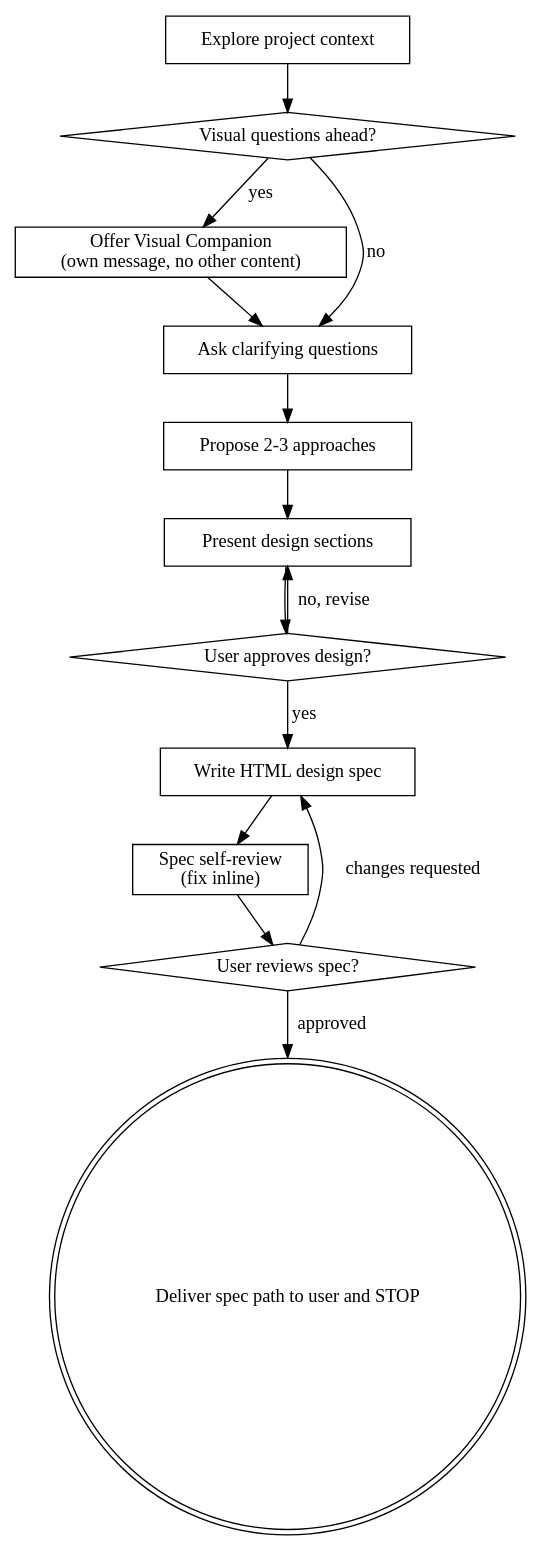
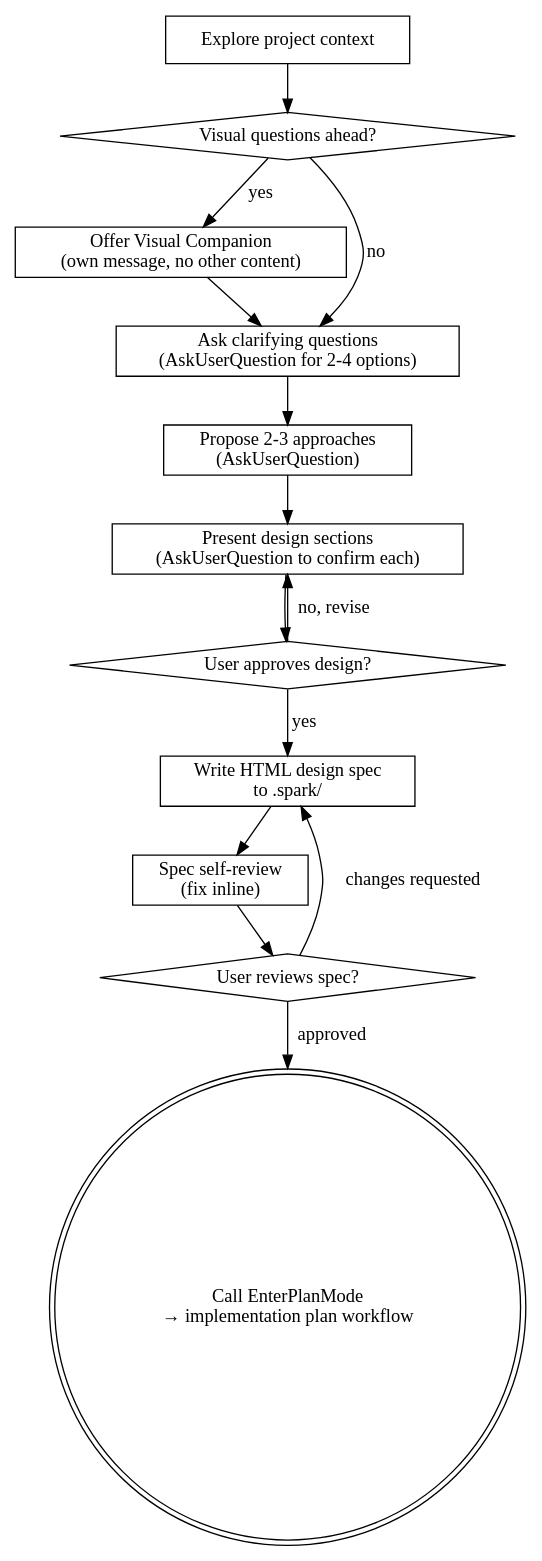
The diagram in skills/development-workflows/spark/SKILL.md (bahayonghang/my-ai-cli-toolkit), drawn with Graphviz before and after one commit. The commit also changed other lines of this file and 8 other files, not shown here.

First line of the commit message:
feat(spark): [AI] ✨ route approved specs into plan mode

````diff
--- a/skills/development-workflows/spark/SKILL.md
+++ b/skills/development-workflows/spark/SKILL.md
@@ -45,29 +46,29 @@
 ```dot
 digraph brainstorming {
     "Explore project context" [shape=box];
     "Visual questions ahead?" [shape=diamond];
     "Offer Visual Companion\n(own message, no other content)" [shape=box];
-    "Ask clarifying questions" [shape=box];
-    "Propose 2-3 approaches" [shape=box];
-    "Present design sections" [shape=box];
+    "Ask clarifying questions\n(AskUserQuestion for 2-4 options)" [shape=box];
+    "Propose 2-3 approaches\n(AskUserQuestion)" [shape=box];
+    "Present design sections\n(AskUserQuestion to confirm each)" [shape=box];
     "User approves design?" [shape=diamond];
-    "Write HTML design spec" [shape=box];
+    "Write HTML design spec\nto .spark/" [shape=box];
     "Spec self-review\n(fix inline)" [shape=box];
     "User reviews spec?" [shape=diamond];
-    "Deliver spec path to user and STOP" [shape=doublecircle];
+    "Call EnterPlanMode\n→ implementation plan workflow" [shape=doublecircle];
 
     "Explore project context" -> "Visual questions ahead?";
     "Visual questions ahead?" -> "Offer Visual Companion\n(own message, no other content)" [label="yes"];
-    "Visual questions ahead?" -> "Ask clarifying questions" [label="no"];
-    "Offer Visual Companion\n(own message, no other content)" -> "Ask clarifying questions";
-    "Ask clarifying questions" -> "Propose 2-3 approaches";
-    "Propose 2-3 approaches" -> "Present design sections";
-    "Present design sections" -> "User approves design?";
-    "User approves design?" -> "Present design sections" [label="no, revise"];
-    "User approves design?" -> "Write HTML design spec" [label="yes"];
-    "Write HTML design spec" -> "Spec self-review\n(fix inline)";
+    "Visual questions ahead?" -> "Ask clarifying questions\n(AskUserQuestion for 2-4 options)" [label="no"];
+    "Offer Visual Companion\n(own message, no other content)" -> "Ask clarifying questions\n(AskUserQuestion for 2-4 options)";
+    "Ask clarifying questions\n(AskUserQuestion for 2-4 options)" -> "Propose 2-3 approaches\n(AskUserQuestion)";
+    "Propose 2-3 approaches\n(AskUserQuestion)" -> "Present design sections\n(AskUserQuestion to confirm each)";
+    "Present design sections\n(AskUserQuestion to confirm each)" -> "User approves design?";
+    "User approves design?" -> "Present design sections\n(AskUserQuestion to confirm each)" [label="no, revise"];
+    "User approves design?" -> "Write HTML design spec\nto .spark/" [label="yes"];
+    "Write HTML design spec\nto .spark/" -> "Spec self-review\n(fix inline)";
     "Spec self-review\n(fix inline)" -> "User reviews spec?";
-    "User reviews spec?" -> "Write HTML design spec" [label="changes requested"];
-    "User reviews spec?" -> "Deliver spec path to user and STOP" [label="approved"];
+    "User reviews spec?" -> "Write HTML design spec\nto .spark/" [label="changes requested"];
+    "User reviews spec?" -> "Call EnterPlanMode\n→ implementation plan workflow" [label="approved"];
 }
 ```
````
